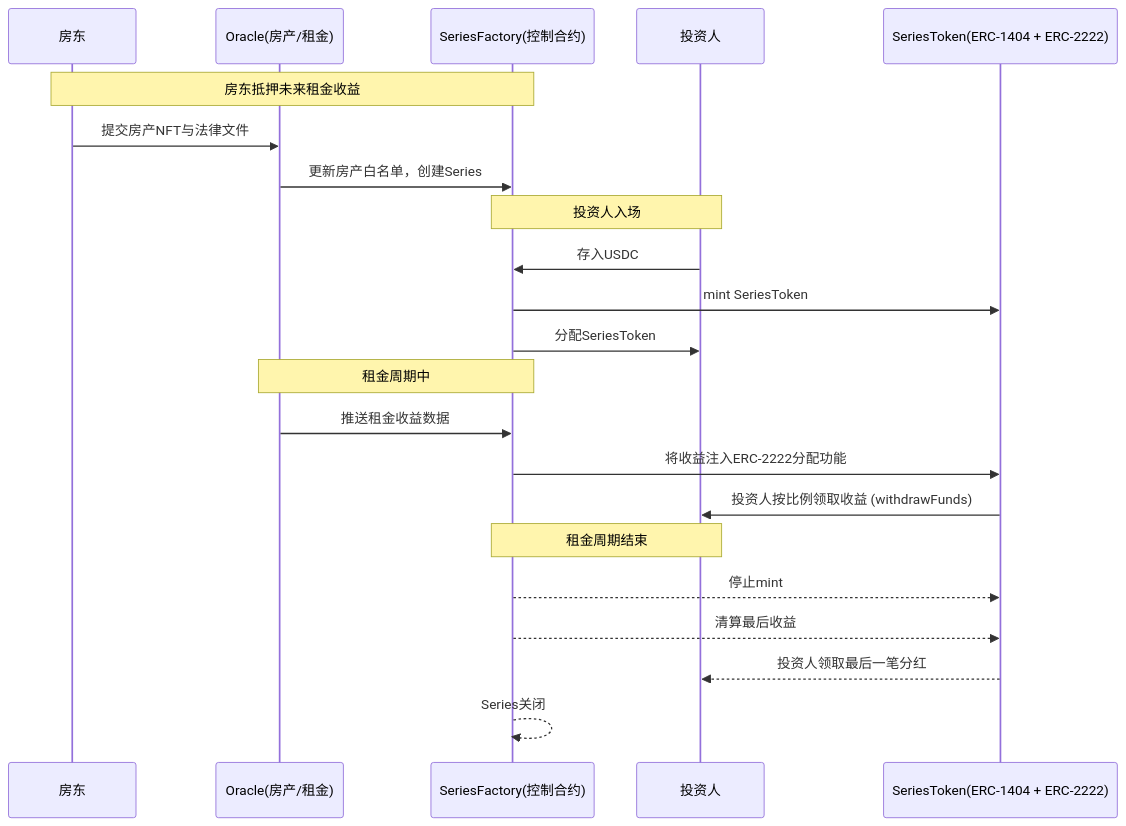
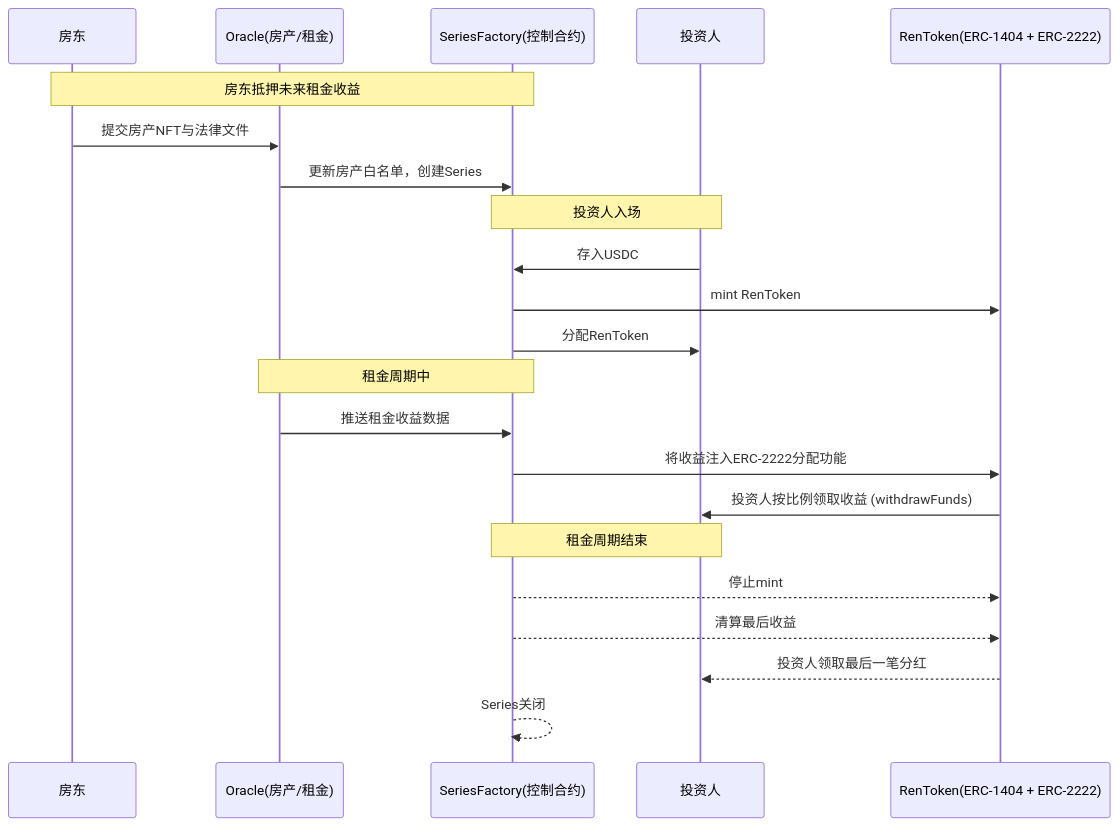
The diagram in rentoken_whitepaper.md (rentoken-world/rentoken-contracts), drawn with Mermaid before and after one commit. The commit also changed other lines of this file and 3 other files, not shown here.

````diff
--- a/rentoken_whitepaper.md
+++ b/rentoken_whitepaper.md
@@ -208,29 +207,29 @@
 ```mermaid
 
 sequenceDiagram
     participant Landlord as 房东
     participant Oracle as Oracle(房产/租金)
     participant SeriesFactory as SeriesFactory(控制合约)
     participant Investor as 投资人
-    participant SeriesToken as SeriesToken(ERC-1404 + ERC-2222)
+    participant RenToken as RenToken(ERC-1404 + ERC-2222)
 
     Note over Landlord,SeriesFactory: 房东抵押未来租金收益
     Landlord->>Oracle: 提交房产NFT与法律文件
     Oracle->>SeriesFactory: 更新房产白名单，创建Series
 
     Note over Investor,SeriesFactory: 投资人入场
     Investor->>SeriesFactory: 存入USDC
-    SeriesFactory->>SeriesToken: mint SeriesToken
-    SeriesFactory->>Investor: 分配SeriesToken
+    SeriesFactory->>RenToken: mint RenToken
+    SeriesFactory->>Investor: 分配RenToken
 
     Note over Oracle,SeriesFactory: 租金周期中
     Oracle->>SeriesFactory: 推送租金收益数据
-    SeriesFactory->>SeriesToken: 将收益注入ERC-2222分配功能
-    SeriesToken->>Investor: 投资人按比例领取收益 (withdrawFunds)
+    SeriesFactory->>RenToken: 将收益注入ERC-2222分配功能
+    RenToken->>Investor: 投资人按比例领取收益 (withdrawFunds)
 
     Note over SeriesFactory,Investor: 租金周期结束
-    SeriesFactory-->>SeriesToken: 停止mint
-    SeriesFactory-->>SeriesToken: 清算最后收益
-    SeriesToken-->>Investor: 投资人领取最后一笔分红
+    SeriesFactory-->>RenToken: 停止mint
+    SeriesFactory-->>RenToken: 清算最后收益
+    RenToken-->>Investor: 投资人领取最后一笔分红
     SeriesFactory-->>SeriesFactory: Series关闭
 ```
````
